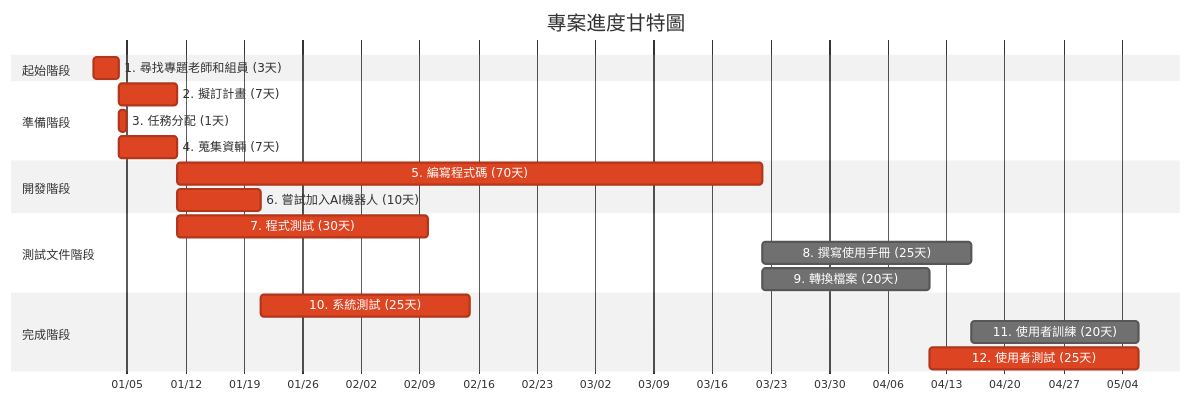
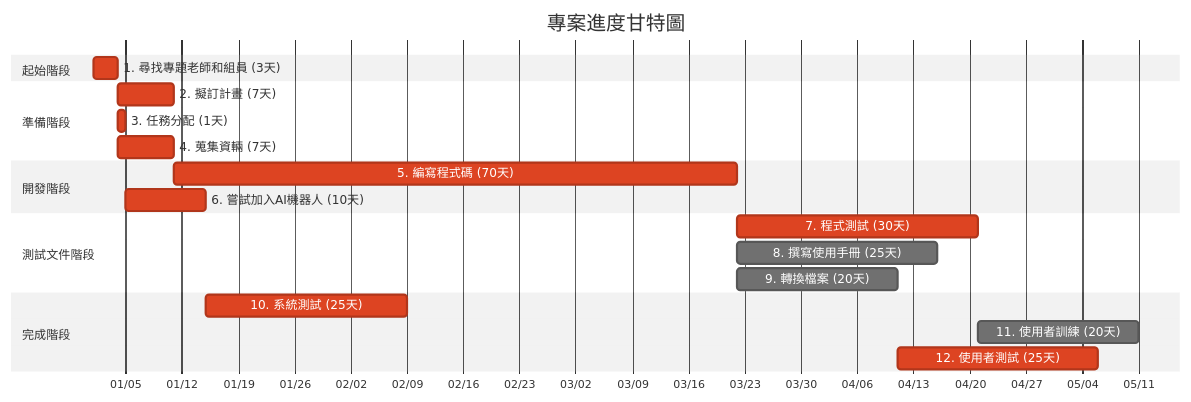
The second of 3 diagrams in hw2.md (c112118202-droid/-), drawn with Mermaid (neutral theme) before and after one commit.

````diff
--- a/hw2.md
+++ b/hw2.md
@@ -28,28 +28,28 @@
 ```mermaid
 gantt
     title 專案進度甘特圖
     dateFormat YYYY-MM-DD
     axisFormat %m/%d
     
     section 起始階段
     1. 尋找專題老師和組員 (3天)     :crit, m1, 2025-01-01, 3d
     
     section 準備階段
     2. 擬訂計畫 (7天)     :crit, m2, after m1, 7d
     3. 任務分配 (1天)    :crit, m3, after m1, 1d
     4. 蒐集資輛 (7天)    :crit, m4, after m1, 7d
 
     section 開發階段
     5. 編寫程式碼 (70天)    :crit, m5, after m2, 70d
-    6. 嘗試加入AI機器人 (10天)    :crit, m6, after m2, 10d
+    6. 嘗試加入AI機器人 (10天)    :crit, m6, after m3, 10d
     
     section 測試文件階段
-    7. 程式測試 (30天)    :crit, m7, after m4, 30d
+    7. 程式測試 (30天)    :crit, m7, after m5, 30d
     8. 撰寫使用手冊 (25天) :m8, after m5, 25d
     9. 轉換檔案 (20天)     :m9, after m5, 20d
     
     section 完成階段
     10. 系統測試 (25天)    :crit, m10, after m6, 25d
     11. 使用者訓練 (20天)  :m11, after m7 m8, 20d
     12. 使用者測試 (25天)  :crit, m12, after m9 m10, 25d
 ```
````
